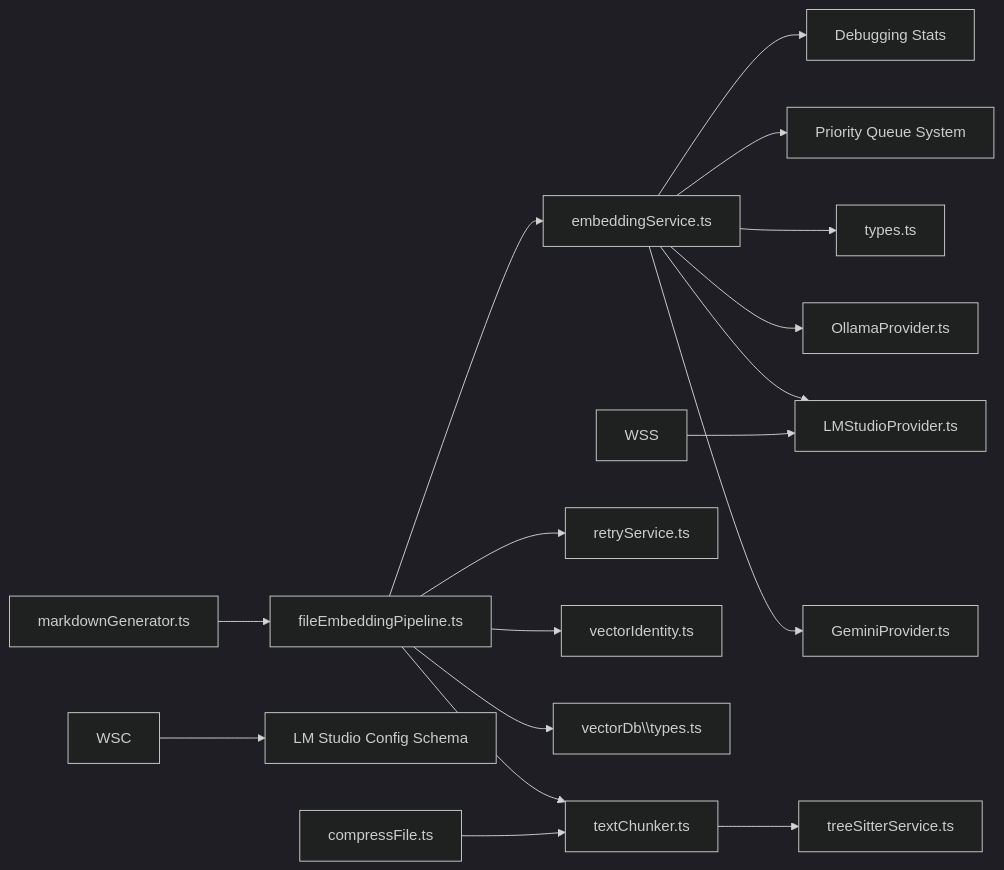
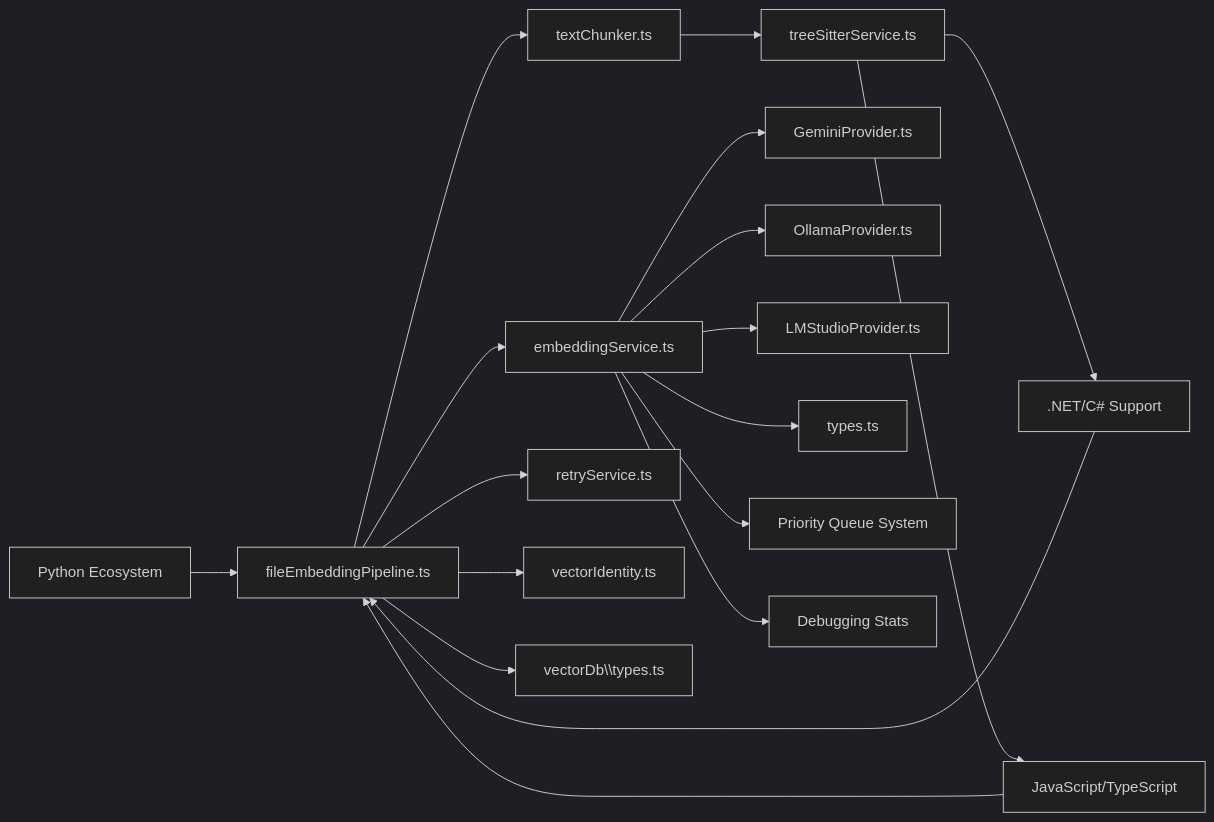
Before and after one commit to bramburn/repomix-runner: the ninth of 9 diagrams in .qoder/repowiki/en/content/Indexing and Search System/File Embedding Pipeline.md, drawn with Mermaid (dark theme). The commit also changed other lines of this file and 41 other files, not shown here.

````diff
--- a/.qoder/repowiki/en/content/Indexing and Search System/File Embedding Pipeline.md
+++ b/.qoder/repowiki/en/content/Indexing and Search System/File Embedding Pipeline.md
@@ -616,19 +607,20 @@
 ```mermaid
 graph LR
 FEP["fileEmbeddingPipeline.ts"] --> TC["textChunker.ts"]
 FEP --> ES["embeddingService.ts"]
 FEP --> RS["retryService.ts"]
 FEP --> VID["vectorIdentity.ts"]
 FEP --> VDT["vectorDb\\types.ts"]
 TC --> TS["treeSitterService.ts"]
 ES --> GP["GeminiProvider.ts"]
 ES --> OP["OllamaProvider.ts"]
 ES --> LP["LMStudioProvider.ts"]
 ES --> ET["types.ts"]
 ES --> ESQ["Priority Queue System"]
 ES --> ESD["Debugging Stats"]
-WSC --> LMS["LM Studio Config Schema"]
-WSS --> LP
-MG["markdownGenerator.ts"] --> FEP
-CF["compressFile.ts"] --> TC
+PYTHON[".NET/C# Support"] --> FEP
+JSTS["Python Ecosystem"] --> FEP
+CSHARP["JavaScript/TypeScript"] --> FEP
+TS --> PYTHON
+TS --> CSHARP
 ```
````
